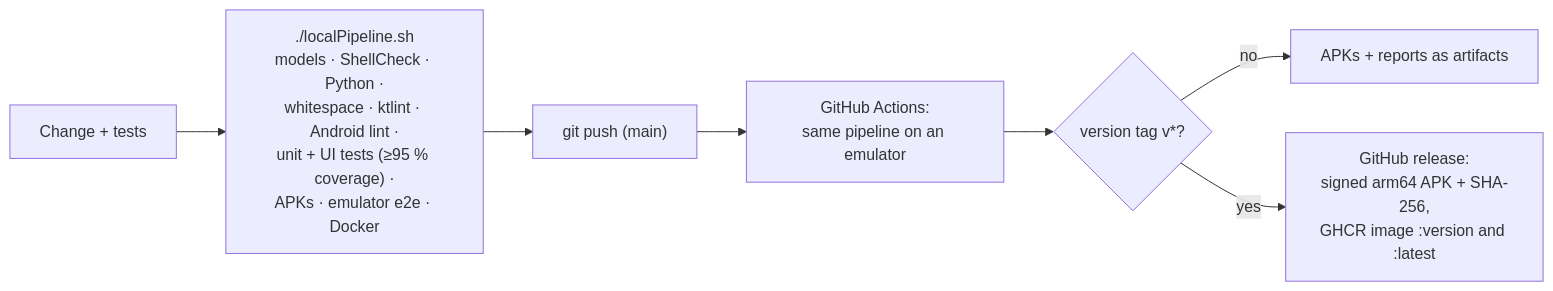
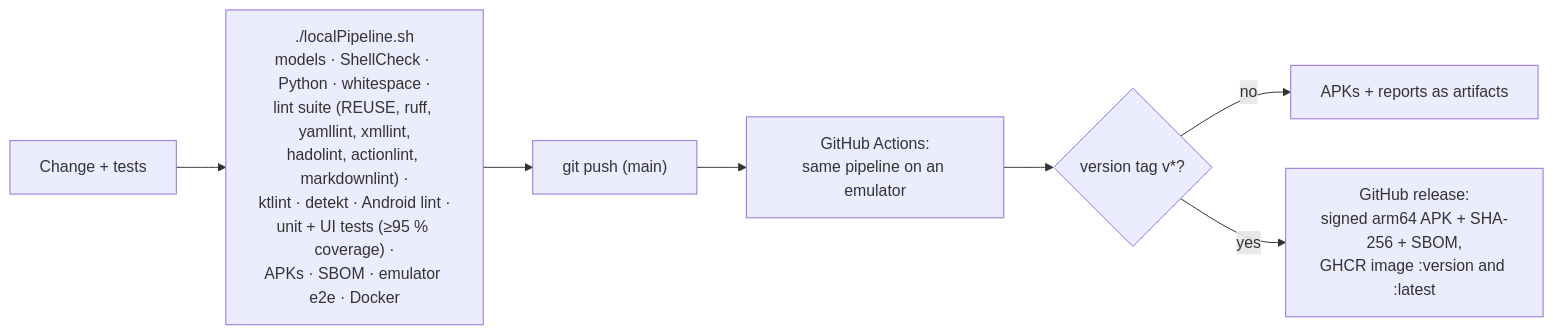
Before and after one commit to marcelpetrick/ForkAroundAndFindOut: the eighth of 8 diagrams in docs/c4-architecture.md, drawn with Mermaid. The commit also changed other lines of this file and 120 other files, not shown here.

First line of the commit message:
feat: REUSE/SPDX everywhere, full linter suite, release SBOM and a licence-complete About screen

````diff
--- a/docs/c4-architecture.md
+++ b/docs/c4-architecture.md
@@ -221,9 +222,9 @@
 ```mermaid
 flowchart LR
-    code["Change + tests"] --> local["./localPipeline.sh<br/>models · ShellCheck · Python ·<br/>whitespace · ktlint · Android lint ·<br/>unit + UI tests (≥95 % coverage) ·<br/>APKs · emulator e2e · Docker"]
+    code["Change + tests"] --> local["./localPipeline.sh<br/>models · ShellCheck · Python · whitespace ·<br/>lint suite (REUSE, ruff, yamllint, xmllint,<br/>hadolint, actionlint, markdownlint) ·<br/>ktlint · detekt · Android lint ·<br/>unit + UI tests (≥95 % coverage) ·<br/>APKs · SBOM · emulator e2e · Docker"]
     local --> push["git push (main)"]
     push --> ci["GitHub Actions:<br/>same pipeline on an emulator"]
     ci --> tag{"version tag v*?"}
     tag -- no --> artifacts["APKs + reports as artifacts"]
-    tag -- yes --> rel["GitHub release:<br/>signed arm64 APK + SHA-256,<br/>GHCR image :version and :latest"]
+    tag -- yes --> rel["GitHub release:<br/>signed arm64 APK + SHA-256 + SBOM,<br/>GHCR image :version and :latest"]
 ```
````
